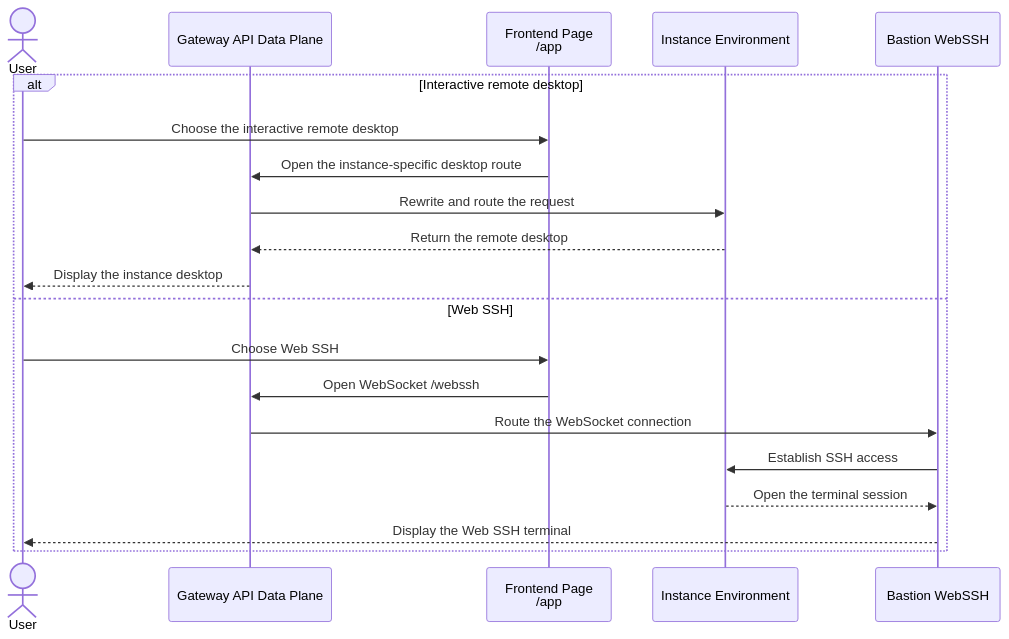
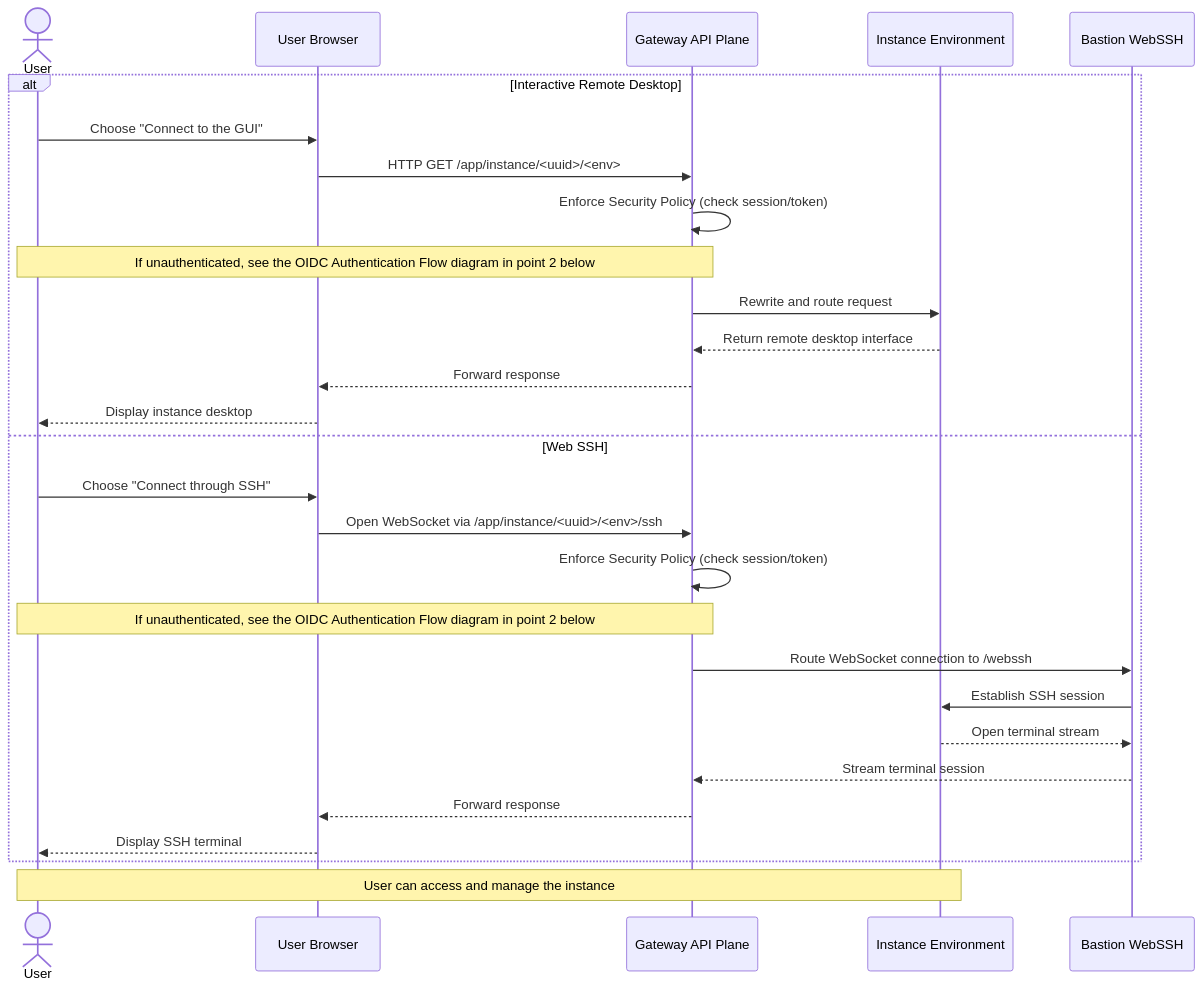
Before and after one commit to netgroup-polito/CrownLabs: the third of 4 diagrams in frontend/README.md, drawn with Mermaid. The commit also changed other lines of this file, not shown here.

Commit message:
edit graph for accessing to a remote instance

````diff
--- a/frontend/README.md
+++ b/frontend/README.md
@@ -88,23 +98,31 @@
 ```mermaid
 sequenceDiagram
     actor User
-    participant LB as Gateway API Data Plane
-    participant Frontend as Frontend Page<br/>/app
+    participant Browser as User Browser
+    participant LB as Gateway API Plane
     participant Instance as Instance Environment
     participant Bastion as Bastion WebSSH
 
-    alt Interactive remote desktop
-        User->>Frontend: Choose the interactive remote desktop
-        Frontend->>LB: Open the instance-specific desktop route
-        LB->>Instance: Rewrite and route the request
-        Instance-->>LB: Return the remote desktop
-        LB-->>User: Display the instance desktop
+    alt Interactive Remote Desktop
+        User->>Browser: Choose "Connect to the GUI"
+        Browser->>LB: HTTP GET /app/instance/<uuid>/<env>
+        LB->>LB: Enforce Security Policy (check session/token)
+        Note over User,LB: If unauthenticated, see the OIDC Authentication Flow diagram in point 2 below
+        LB->>Instance: Rewrite and route request
+        Instance-->>LB: Return remote desktop interface
+        LB-->>Browser: Forward response
+        Browser-->>User: Display instance desktop
     else Web SSH
-        User->>Frontend: Choose Web SSH
-        Frontend->>LB: Open WebSocket /webssh
-        LB->>Bastion: Route the WebSocket connection
-        Bastion->>Instance: Establish SSH access
-        Instance-->>Bastion: Open the terminal session
-        Bastion-->>User: Display the Web SSH terminal
+        User->>Browser: Choose "Connect through SSH"
+        Browser->>LB: Open WebSocket via /app/instance/<uuid>/<env>/ssh 
+        LB->>LB: Enforce Security Policy (check session/token)
+        Note over User,LB: If unauthenticated, see the OIDC Authentication Flow diagram in point 2 below
+        LB->>Bastion: Route WebSocket connection to /webssh
+        Bastion->>Instance: Establish SSH session
+        Instance-->>Bastion: Open terminal stream
+        Bastion-->>LB: Stream terminal session
+        LB-->>Browser: Forward response
+        Browser-->>User: Display SSH terminal
     end
+    Note over User,Instance: User can access and manage the instance
 ```
````
